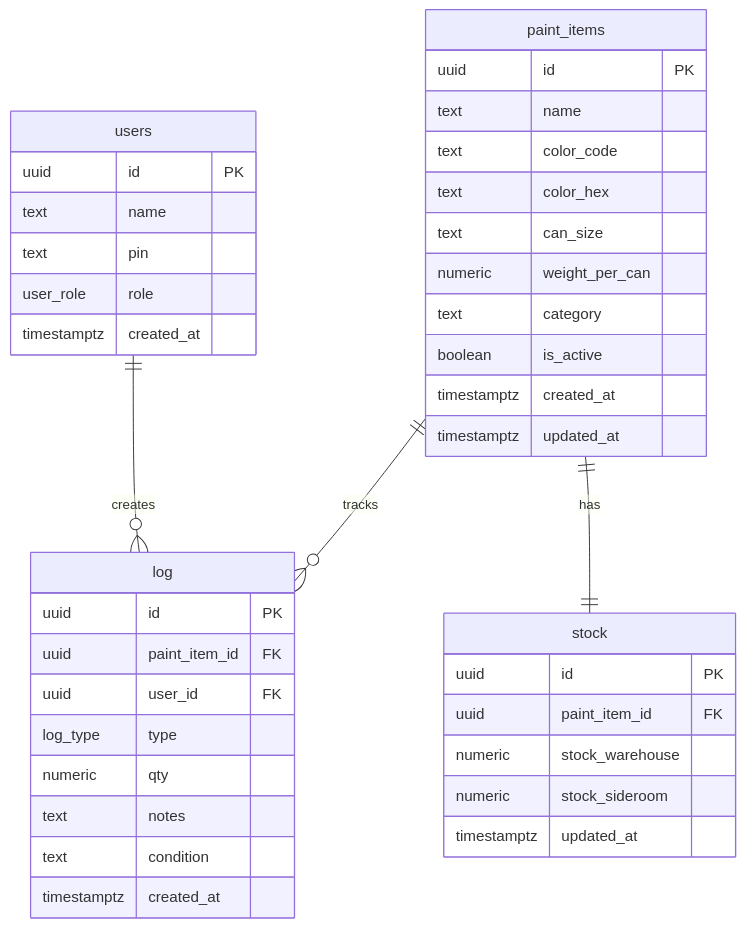
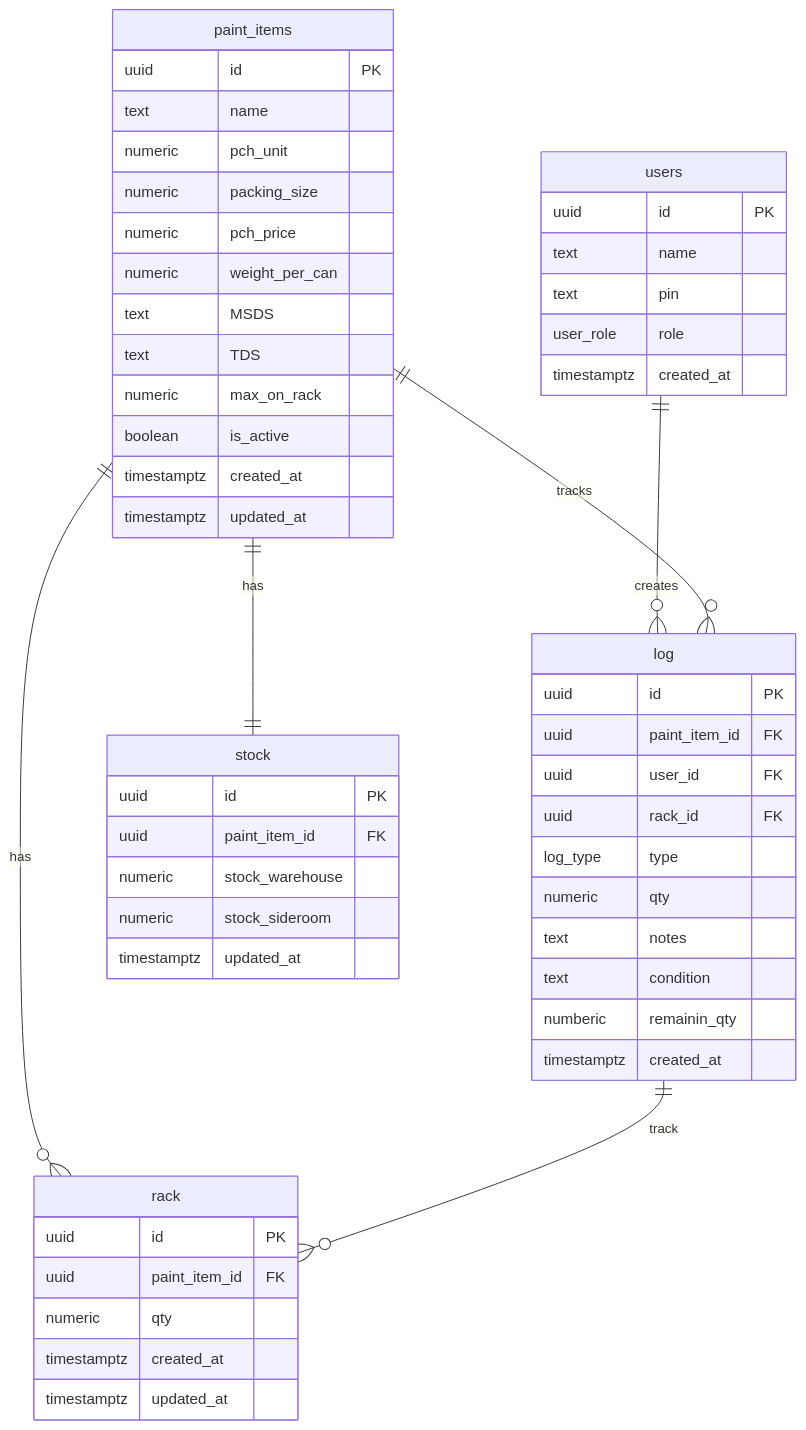
Before and after one commit to itsankeikid-dot/PaintManagementStock: the diagram in docs/DATABASE.md, drawn with Mermaid.

````diff
--- a/docs/DATABASE.md
+++ b/docs/DATABASE.md
@@ -9,46 +9,60 @@
 ```mermaid
 erDiagram
-    users ||--o{ log : "creates"
-    paint_items ||--|| stock : "has"
-    paint_items ||--o{ log : "tracks"
+    users ||--o{ log : creates
+    paint_items ||--|| stock : has
+    paint_items ||--o{ log : tracks
+    paint_items ||--o{ rack : has
+    log ||--o{ rack : track
 
     users {
         uuid id PK
         text name
         text pin
         user_role role
         timestamptz created_at
     }
 
     paint_items {
         uuid id PK
         text name
-        text color_code
-        text color_hex
-        text can_size
+        numeric pch_unit
+        numeric packing_size
+        numeric pch_price
         numeric weight_per_can
-        text category
+        text MSDS
+        text TDS
+        numeric max_on_rack
         boolean is_active
         timestamptz created_at
         timestamptz updated_at
     }
 
     stock {
         uuid id PK
         uuid paint_item_id FK
         numeric stock_warehouse
         numeric stock_sideroom
         timestamptz updated_at
     }
 
     log {
         uuid id PK
         uuid paint_item_id FK
         uuid user_id FK
+        uuid rack_id FK
         log_type type
         numeric qty
         text notes
         text condition
+        numberic remainin_qty
         timestamptz created_at
     }
+
+    rack {
+        uuid id PK
+        uuid paint_item_id FK
+        numeric qty
+        timestamptz created_at
+        timestamptz updated_at
+    }
 ```
````
